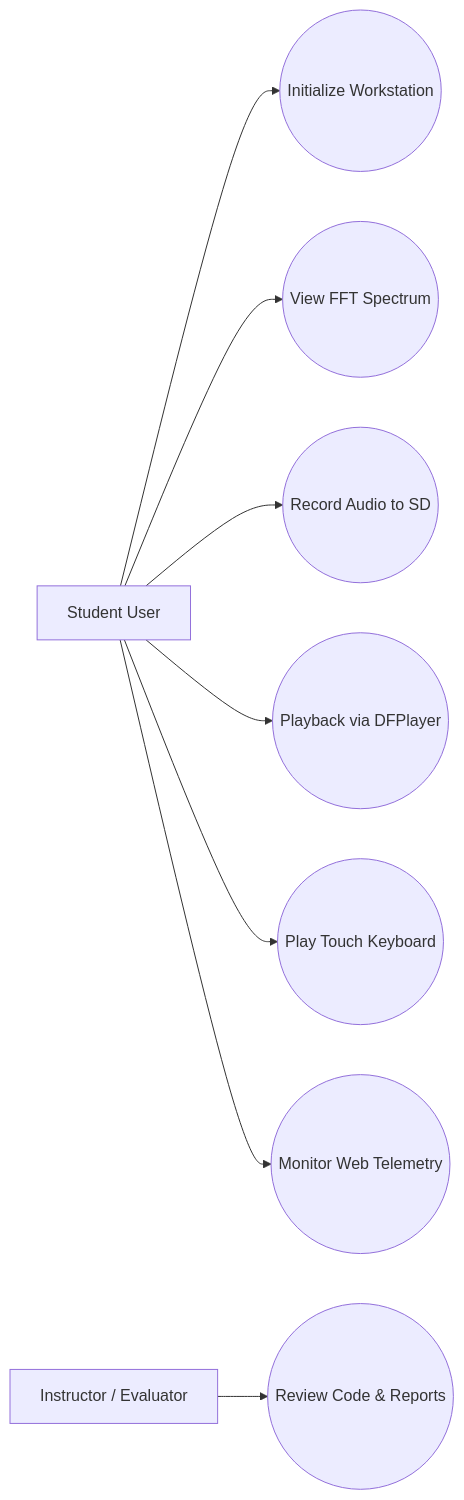
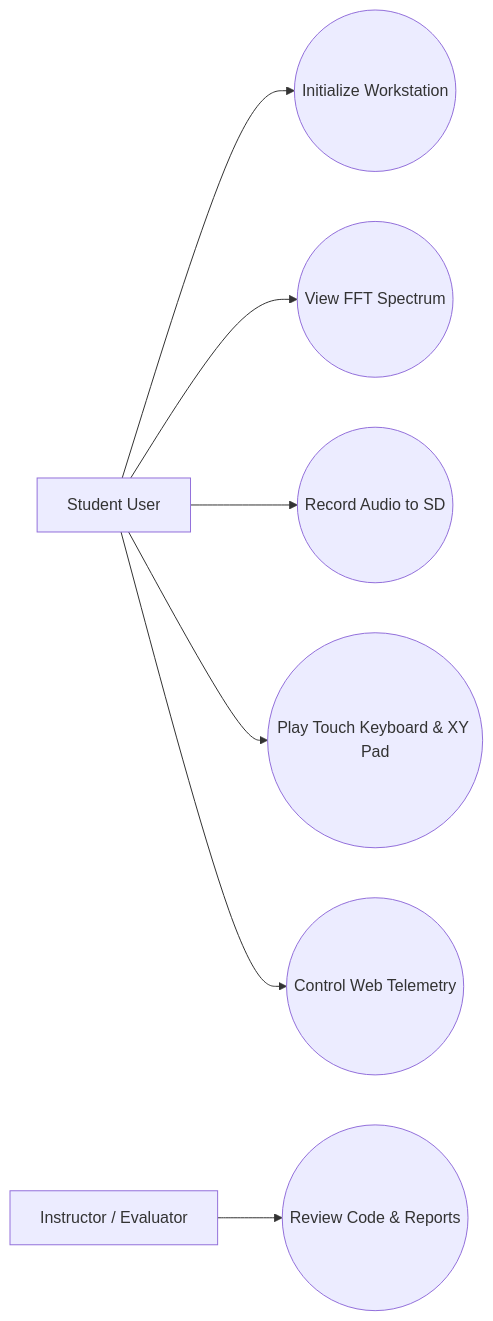
Before and after one commit to adrianvancea16/mcxa153-touch-audio-workstation: the first of 2 diagrams in project_documentation.md, drawn with Mermaid. The commit also changed other lines of this file and 7 other files, not shown here.

````diff
--- a/project_documentation.md
+++ b/project_documentation.md
@@ -62,21 +64,19 @@
 ```mermaid
 flowchart LR
     Student[Student User]
     Instructor[Instructor / Evaluator]
 
     UC1((Initialize Workstation))
     UC2((View FFT Spectrum))
     UC3((Record Audio to SD))
-    UC4((Playback via DFPlayer))
-    UC5((Play Touch Keyboard))
-    UC6((Monitor Web Telemetry))
-    UC7((Review Code & Reports))
+    UC4((Play Touch Keyboard & XY Pad))
+    UC5((Control Web Telemetry))
+    UC6((Review Code & Reports))
 
     Student --> UC1
     Student --> UC2
     Student --> UC3
     Student --> UC4
     Student --> UC5
-    Student --> UC6
-    Instructor --> UC7
+    Instructor --> UC6
 ```
````
